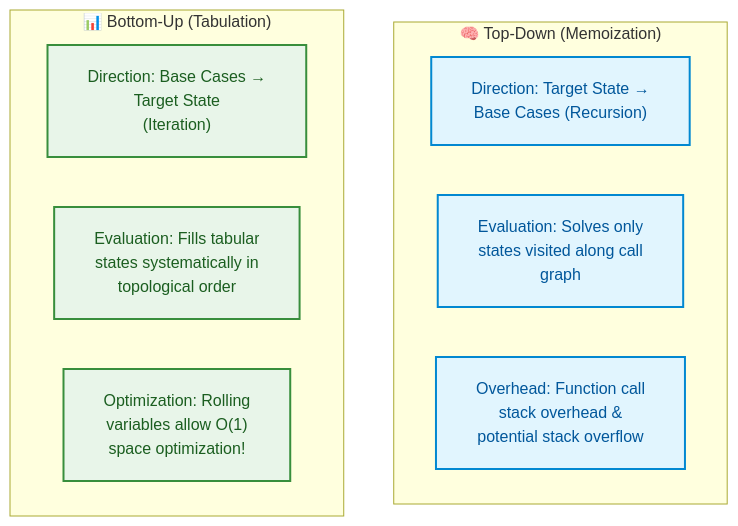
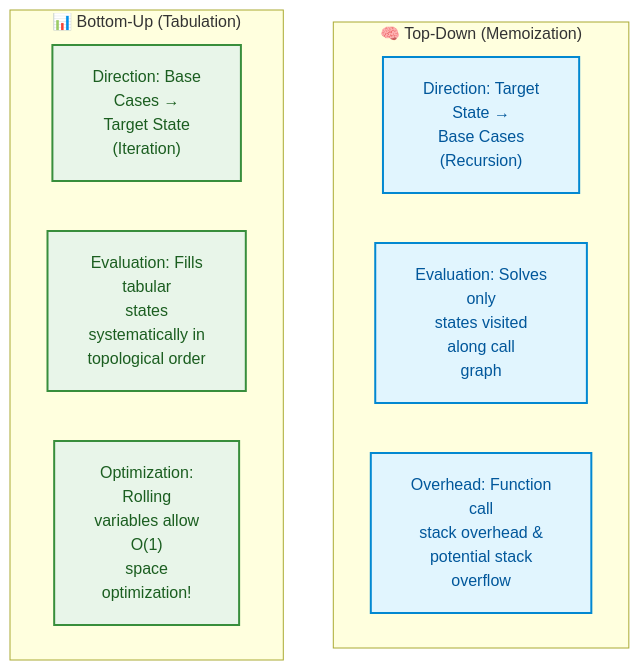
The third of 6 diagrams in week_10_dynamic_programming_i_fundamentals/Week_10_Visual_Concepts_Playbook_HYBRID.md (dip4k/DSA_102), drawn with Mermaid before and after one commit. The commit also changed other lines of this file and 106 other files, not shown here.

First line of the commit message:
fix(mermaid): prevent text clipping with foreignObject overflow and tighter line wrapping

````diff
--- a/week_10_dynamic_programming_i_fundamentals/Week_10_Visual_Concepts_Playbook_HYBRID.md
+++ b/week_10_dynamic_programming_i_fundamentals/Week_10_Visual_Concepts_Playbook_HYBRID.md
@@ -336,18 +336,18 @@
 ```mermaid
-%%{init: {"flowchart": {"htmlLabels": true, "padding": 20}}}%%
+%%{init: {"flowchart": {"htmlLabels": true, "padding": 20}, "themeCSS": "foreignObject { overflow: visible !important; }"}}%%
 flowchart TD
     classDef top fill:#e1f5fe,stroke:#0288d1,color:#01579b,stroke-width:2px;
     classDef bot fill:#e8f5e9,stroke:#388e3c,color:#1b5e20,stroke-width:2px;
 
     subgraph TopDown["🧠 Top-Down (Memoization)"]
-        T1["Direction: Target State →<br/>Base Cases (Recursion)"]:::top
-        T2["Evaluation: Solves only<br/>states visited along call<br/>graph"]:::top
-        T3["Overhead: Function call<br/>stack overhead &<br/>potential stack overflow"]:::top
+        T1["Direction: Target<br/>State →<br/>Base Cases<br/>(Recursion)"]:::top
+        T2["Evaluation: Solves<br/>only<br/>states visited<br/>along call<br/>graph"]:::top
+        T3["Overhead: Function<br/>call<br/>stack overhead &<br/>potential stack<br/>overflow"]:::top
     end
 
     subgraph BottomUp["📊 Bottom-Up (Tabulation)"]
-        B1["Direction: Base Cases →<br/>Target State<br/>(Iteration)"]:::bot
-        B2["Evaluation: Fills tabular<br/>states systematically in<br/>topological order"]:::bot
-        B3["Optimization: Rolling<br/>variables allow O(1)<br/>space optimization!"]:::bot
+        B1["Direction: Base<br/>Cases →<br/>Target State<br/>(Iteration)"]:::bot
+        B2["Evaluation: Fills<br/>tabular<br/>states<br/>systematically in<br/>topological order"]:::bot
+        B3["Optimization:<br/>Rolling<br/>variables allow<br/>O(1)<br/>space<br/>optimization!"]:::bot
     end
 ```
````
